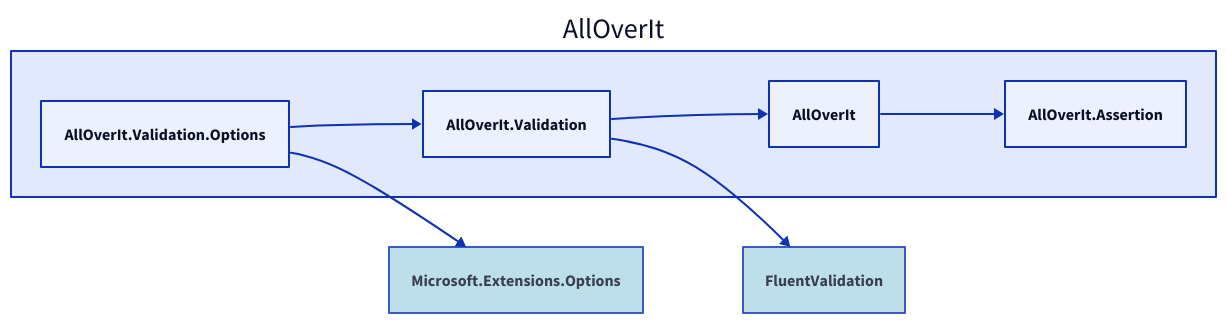
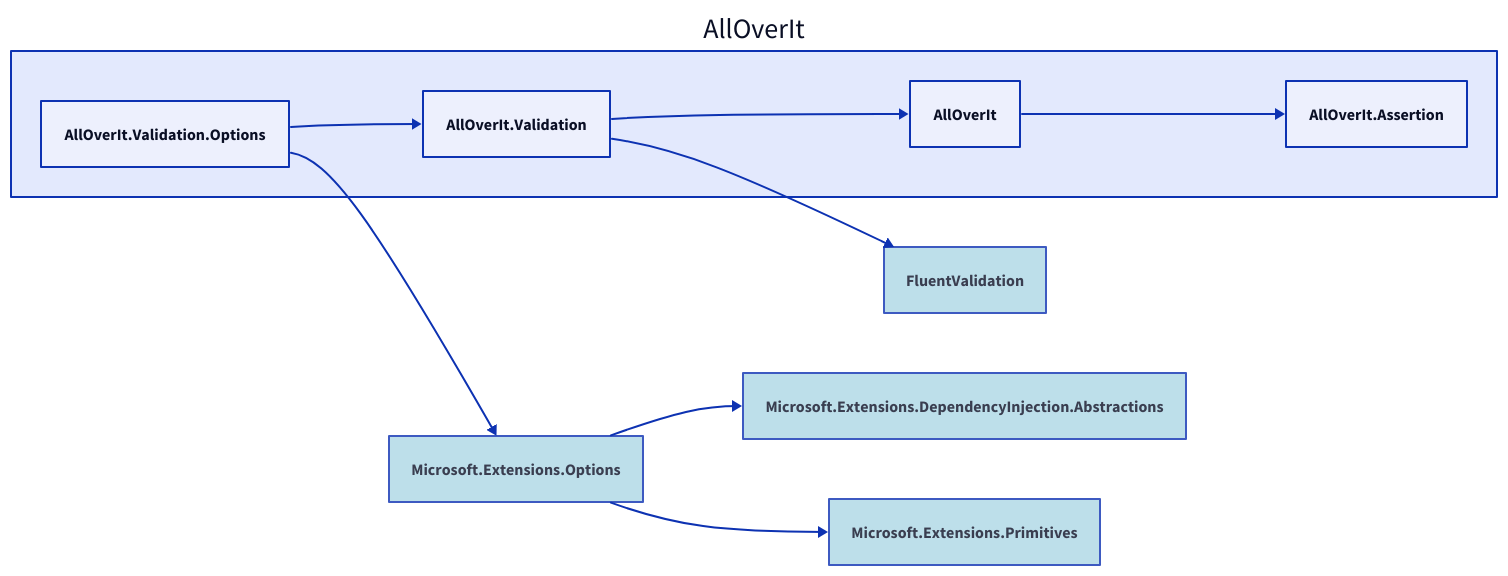
The diagram in Docs/Dependencies/alloverit-validation-options.d2 (nickathone/AllOverIt), drawn with D2 before and after one commit. The commit also changed 48 other files, not shown here.

Commit message:
Some dependency diagram updates - WIP

```diff
--- a/Docs/Dependencies/alloverit-validation-options.d2
+++ b/Docs/Dependencies/alloverit-validation-options.d2
@@ -1,19 +1,27 @@
 direction: right
 
 aoi: AllOverIt
 aoi.alloverit-validation-options: AllOverIt.Validation.Options
 aoi.alloverit-validation: AllOverIt.Validation
 aoi.alloverit: AllOverIt
 aoi.alloverit-assertion: AllOverIt.Assertion
 fluentvalidation: FluentValidation
 fluentvalidation.style.fill: lightblue
 fluentvalidation.style.opacity: 0.8
 microsoft-extensions-options: Microsoft.Extensions.Options
 microsoft-extensions-options.style.fill: lightblue
 microsoft-extensions-options.style.opacity: 0.8
+microsoft-extensions-dependencyinjection-abstractions: Microsoft.Extensions.DependencyInjection.Abstractions
+microsoft-extensions-dependencyinjection-abstractions.style.fill: lightblue
+microsoft-extensions-dependencyinjection-abstractions.style.opacity: 0.8
+microsoft-extensions-primitives: Microsoft.Extensions.Primitives
+microsoft-extensions-primitives.style.fill: lightblue
+microsoft-extensions-primitives.style.opacity: 0.8
 
 aoi.alloverit-validation <- aoi.alloverit-validation-options
 aoi.alloverit <- aoi.alloverit-validation
 aoi.alloverit-assertion <- aoi.alloverit
 fluentvalidation <- aoi.alloverit-validation
 microsoft-extensions-options <- aoi.alloverit-validation-options
+microsoft-extensions-dependencyinjection-abstractions <- microsoft-extensions-options
+microsoft-extensions-primitives <- microsoft-extensions-options
```
